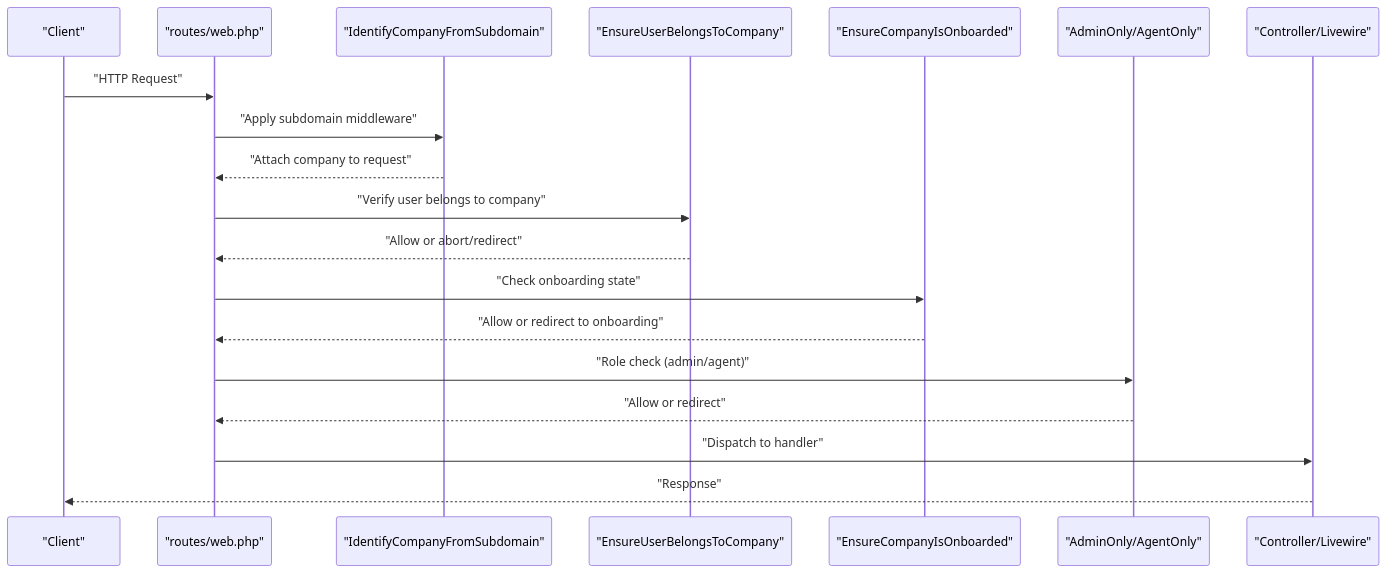
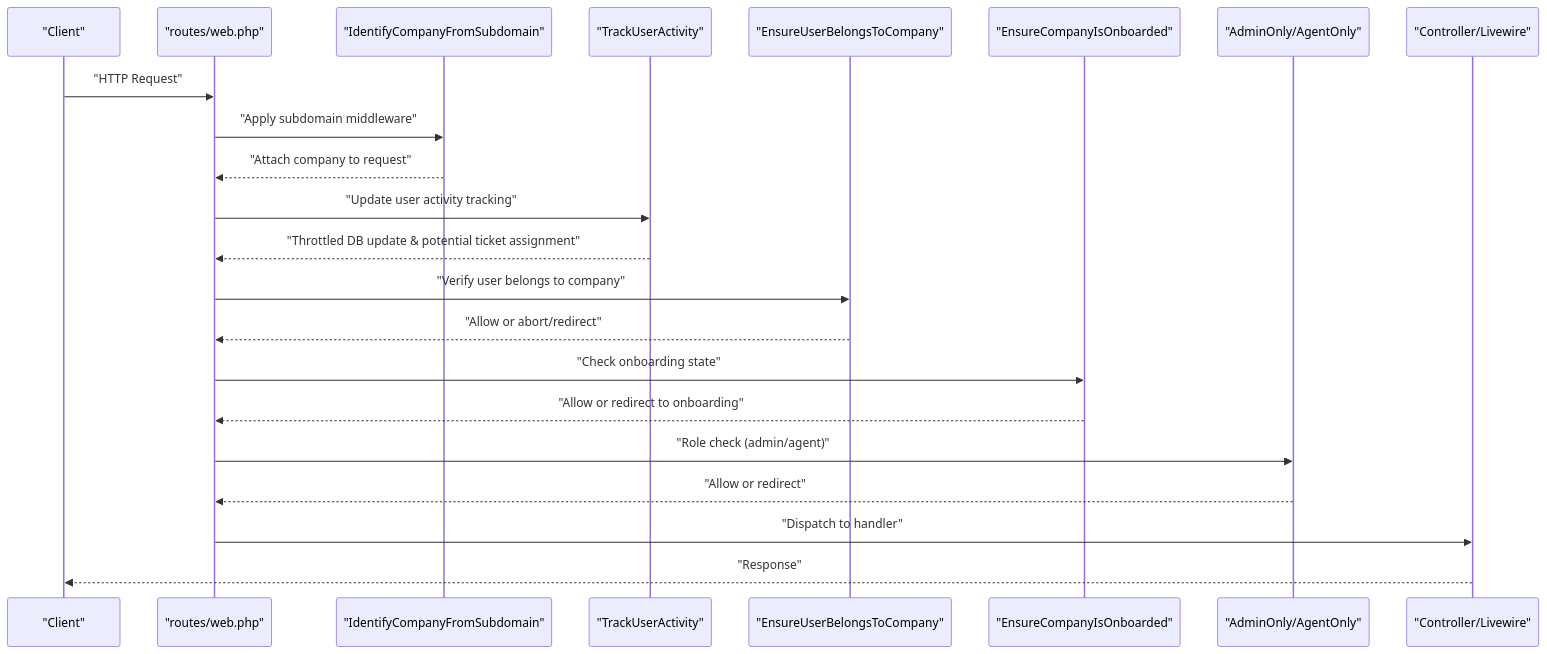
The second of 9 diagrams in .qoder/repowiki/en/content/Middleware & Security/Middleware & Security.md (younesgamer68/helpdesk-system), drawn with Mermaid before and after one commit. The commit also changed other lines of this file and 210 other files, not shown here.

````diff
--- a/.qoder/repowiki/en/content/Middleware & Security/Middleware & Security.md
+++ b/.qoder/repowiki/en/content/Middleware & Security/Middleware & Security.md
@@ -136,21 +169,24 @@
 ```mermaid
 sequenceDiagram
 participant Client as "Client"
 participant Router as "routes/web.php"
 participant Sub as "IdentifyCompanyFromSubdomain"
+participant Track as "TrackUserActivity"
 participant Comp as "EnsureUserBelongsToCompany"
 participant Onb as "EnsureCompanyIsOnboarded"
 participant RBAC as "AdminOnly/AgentOnly"
 participant Ctrl as "Controller/Livewire"
 Client->>Router : "HTTP Request"
 Router->>Sub : "Apply subdomain middleware"
 Sub-->>Router : "Attach company to request"
+Router->>Track : "Update user activity tracking"
+Track-->>Router : "Throttled DB update & potential ticket assignment"
 Router->>Comp : "Verify user belongs to company"
 Comp-->>Router : "Allow or abort/redirect"
 Router->>Onb : "Check onboarding state"
 Onb-->>Router : "Allow or redirect to onboarding"
 Router->>RBAC : "Role check (admin/agent)"
 RBAC-->>Router : "Allow or redirect"
 Router->>Ctrl : "Dispatch to handler"
 Ctrl-->>Client : "Response"
 ```
````
